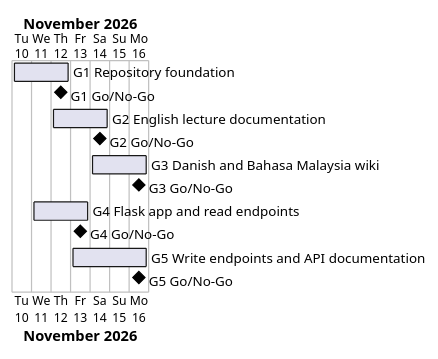
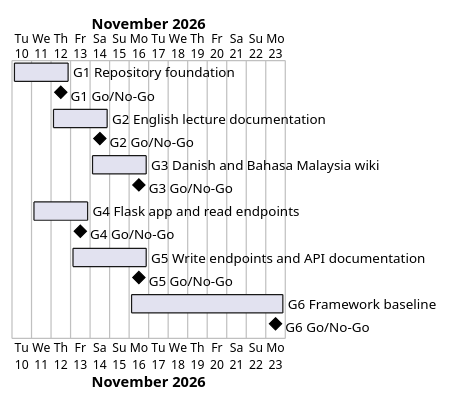
One commit to Tirsvad-Udemy-100-days-of-code/066-cafe-api changed the diagram in docs/project-plan.md. Above: the diagram before and after it, drawn with PlantUML. The commit also changed other lines of this file and 13 other files, not shown here.

First line of the commit message:
MIL-006: bring the project to the framework baseline

````diff
--- a/docs/project-plan.md
+++ b/docs/project-plan.md
@@ -42,15 +47,17 @@
 ```plantuml
 @startgantt
 Project starts 2026-11-10
 [G1 Repository foundation] starts 2026-11-10 and ends 2026-11-12
 [G1 Go/No-Go] happens 2026-11-12
 [G2 English lecture documentation] starts 2026-11-12 and ends 2026-11-14
 [G2 Go/No-Go] happens 2026-11-14
 [G3 Danish and Bahasa Malaysia wiki] starts 2026-11-14 and ends 2026-11-16
 [G3 Go/No-Go] happens 2026-11-16
 [G4 Flask app and read endpoints] starts 2026-11-11 and ends 2026-11-13
 [G4 Go/No-Go] happens 2026-11-13
 [G5 Write endpoints and API documentation] starts 2026-11-13 and ends 2026-11-16
 [G5 Go/No-Go] happens 2026-11-16
+[G6 Framework baseline] starts 2026-11-16 and ends 2026-11-23
+[G6 Go/No-Go] happens 2026-11-23
 @endgantt
 ```
````
